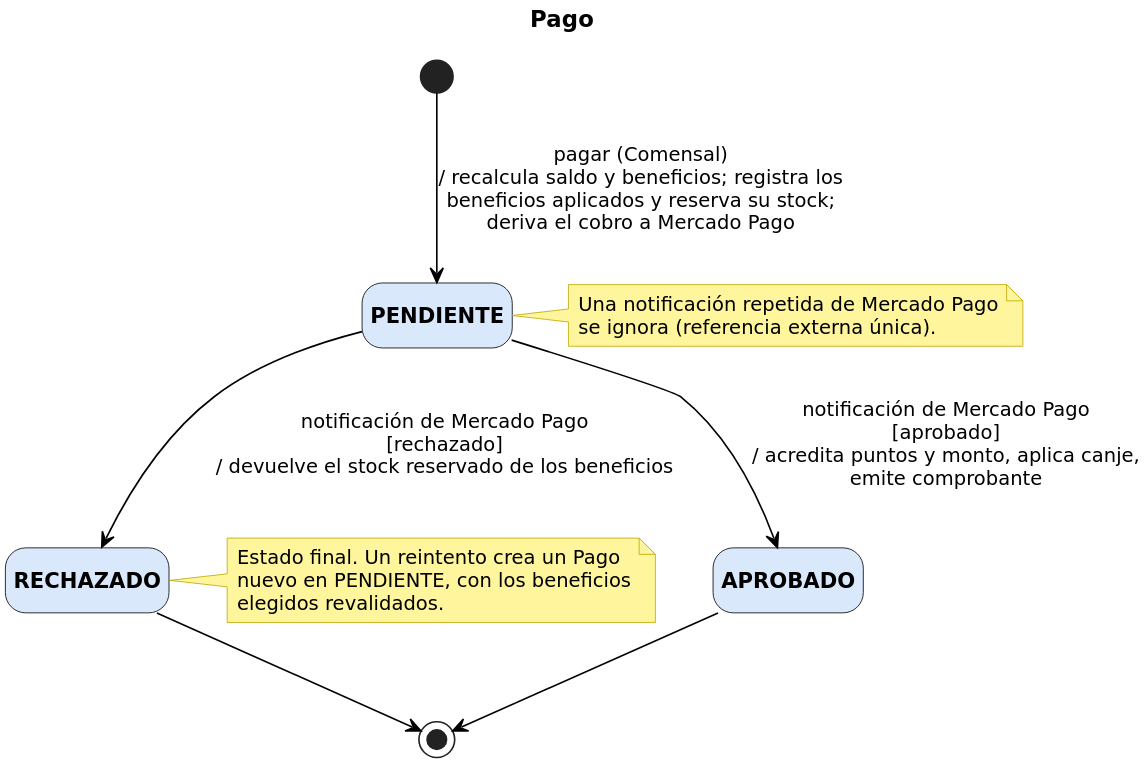
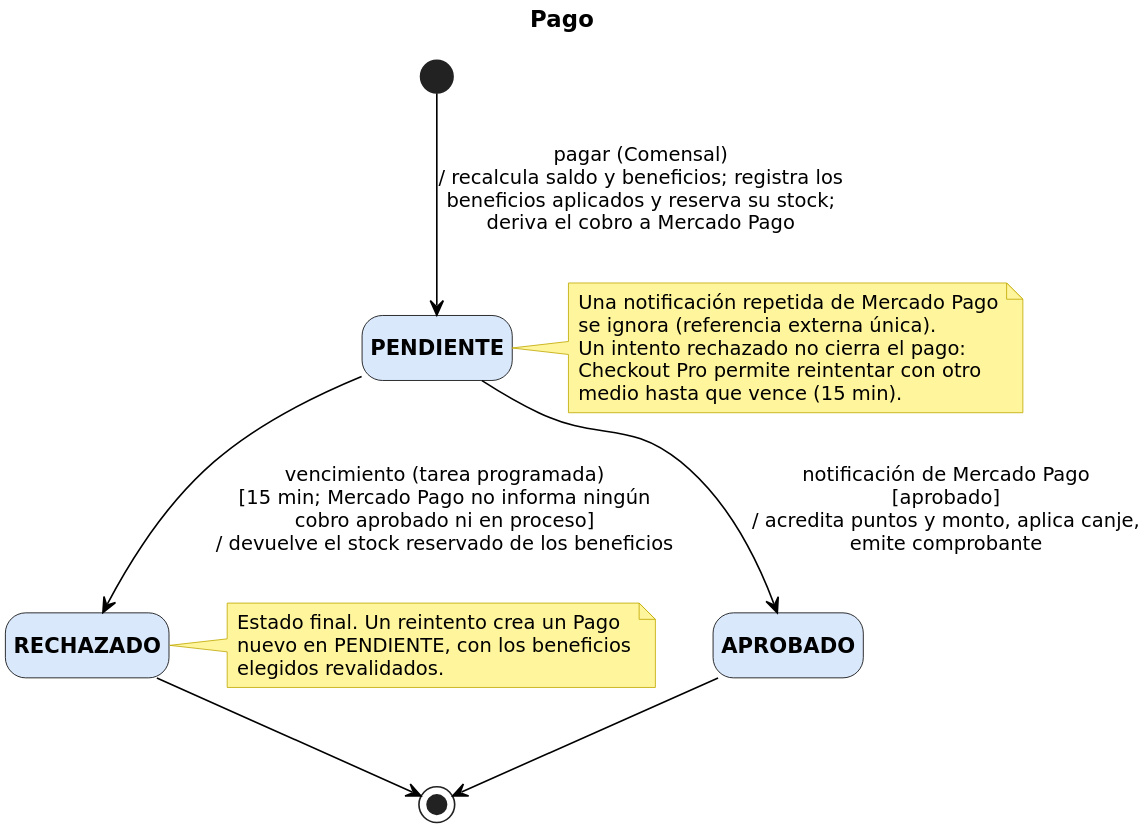
Before and after one commit to GabrielLigresti/TFG-PGIM: the diagram in docs/modelos/estado/pago/v1/estado-pago-v1.puml, drawn with PlantUML. The commit also changed 14 other files, not shown here.

First line of the commit message:
Agregar el vencimiento del pago, una mesa abierta por comensal y el comprobante por sucursal en los modelos

```diff
--- a/docs/modelos/estado/pago/v1/estado-pago-v1.puml
+++ b/docs/modelos/estado/pago/v1/estado-pago-v1.puml
@@ -1,41 +1,44 @@
 @startuml estado-pago-v1
 ' Diagrama de estado (UML). Paleta alineada con CU y secuencias formato Vialia.
 ' Transiciones: evento (quién) [condición] / efecto
 skinparam dpi 300
 skinparam defaultFontName DejaVu Sans
 skinparam defaultFontSize 12
 skinparam shadowing false
 skinparam ArrowColor #000000
 skinparam state {
   BackgroundColor #DAE8FC
   BorderColor #000000
   FontSize 13
   FontStyle bold
   StartColor #000000
   EndColor #000000
 }
 skinparam note {
   BackgroundColor #FFF59D
   BorderColor #BFA800
 }
 hide empty description
 title Pago
 
 state PENDIENTE
 state APROBADO
 state RECHAZADO
 [*] --> PENDIENTE : pagar (Comensal)\n/ recalcula saldo y beneficios; registra los\nbeneficios aplicados y reserva su stock;\nderiva el cobro a Mercado Pago
 PENDIENTE --> APROBADO : notificación de Mercado Pago\n[aprobado]\n/ acredita puntos y monto, aplica canje,\nemite comprobante
-PENDIENTE --> RECHAZADO : notificación de Mercado Pago\n[rechazado]\n/ devuelve el stock reservado de los beneficios
+PENDIENTE --> RECHAZADO : vencimiento (tarea programada)\n[15 min; Mercado Pago no informa ningún\ncobro aprobado ni en proceso]\n/ devuelve el stock reservado de los beneficios
 APROBADO --> [*]
 RECHAZADO --> [*]
 note right of RECHAZADO
   Estado final. Un reintento crea un Pago
   nuevo en PENDIENTE, con los beneficios
   elegidos revalidados.
 end note
 note right of PENDIENTE
   Una notificación repetida de Mercado Pago
   se ignora (referencia externa única).
+  Un intento rechazado no cierra el pago:
+  Checkout Pro permite reintentar con otro
+  medio hasta que vence (15 min).
 end note
 @enduml
```
